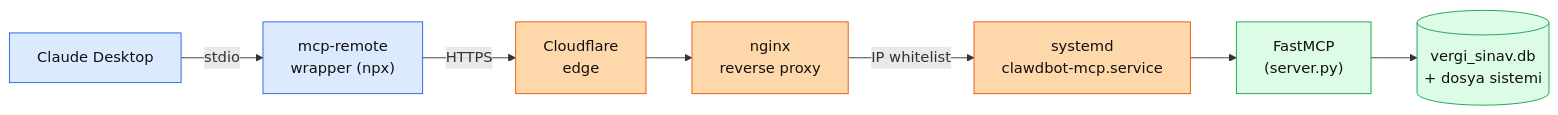
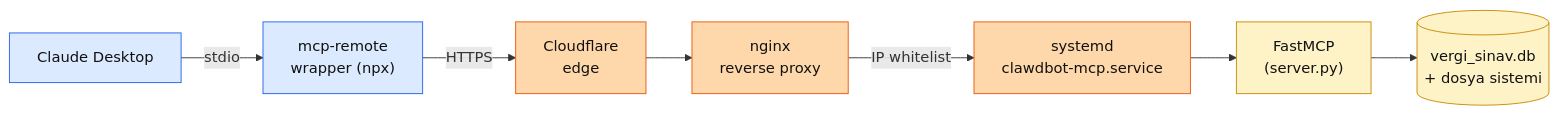
One commit to KemalG-u/muhendisal-platform changed the second of 2 diagrams in docs/bolum-6/04-mcp-server.md. Above: the diagram before and after it, drawn with Mermaid. The commit also changed other lines of this file and 20 other files, not shown here.

````diff
--- a/docs/bolum-6/04-mcp-server.md
+++ b/docs/bolum-6/04-mcp-server.md
@@ -363,24 +364,24 @@
 ```mermaid
 flowchart LR
   CD["Claude Desktop"]
   MR["mcp-remote\nwrapper (npx)"]
   CF["Cloudflare\nedge"]
   NGINX["nginx\nreverse proxy"]
   SYS["systemd\nclawdbot-mcp.service"]
   FMCP["FastMCP\n(server.py)"]
   DB[("vergi_sinav.db\n+ dosya sistemi")]
 
   CD -->|stdio| MR
   MR -->|HTTPS| CF
   CF --> NGINX
   NGINX -->|IP whitelist| SYS
   SYS --> FMCP
   FMCP --> DB
 
   classDef c fill:#dbeafe,stroke:#2563eb,color:#111
   classDef m fill:#fed7aa,stroke:#ea580c,color:#111
-  classDef d fill:#dcfce7,stroke:#16a34a,color:#111
+  classDef d fill:#fef3c7,stroke:#ca8a04,color:#111
   class CD,MR c
   class CF,NGINX,SYS m
   class FMCP,DB d
 ```
````
